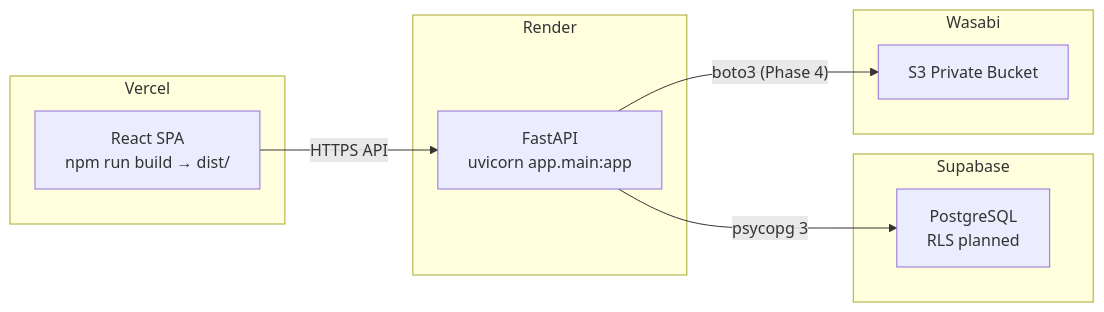
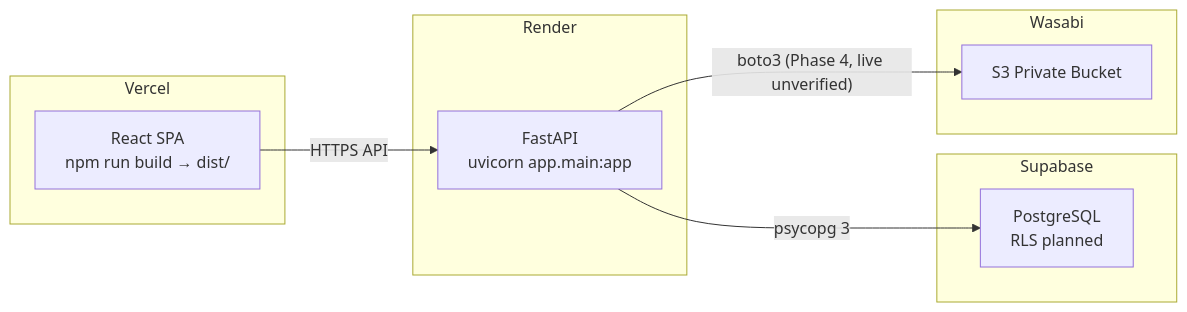
One commit to saisankeerth27/TrustVault changed the fourth of 4 diagrams in docs/ARCHITECTURE.md. Above: the diagram before and after it, drawn with Mermaid. The commit also changed other lines of this file and 65 other files, not shown here.

````diff
--- a/docs/ARCHITECTURE.md
+++ b/docs/ARCHITECTURE.md
@@ -349,22 +358,22 @@
 ```mermaid
 graph LR
     subgraph "Vercel"
         FE["React SPA<br/>npm run build → dist/"]
     end
 
     subgraph "Render"
         BE["FastAPI<br/>uvicorn app.main:app"]
     end
 
     subgraph "Supabase"
         PG["PostgreSQL<br/>RLS planned"]
     end
 
     subgraph "Wasabi"
         WS["S3 Private Bucket"]
     end
 
     FE -->|"HTTPS API"| BE
     BE -->|"psycopg 3"| PG
-    BE -->|"boto3 (Phase 4)"| WS
+    BE -->|"boto3 (Phase 4, live unverified)"| WS
 ```
````
